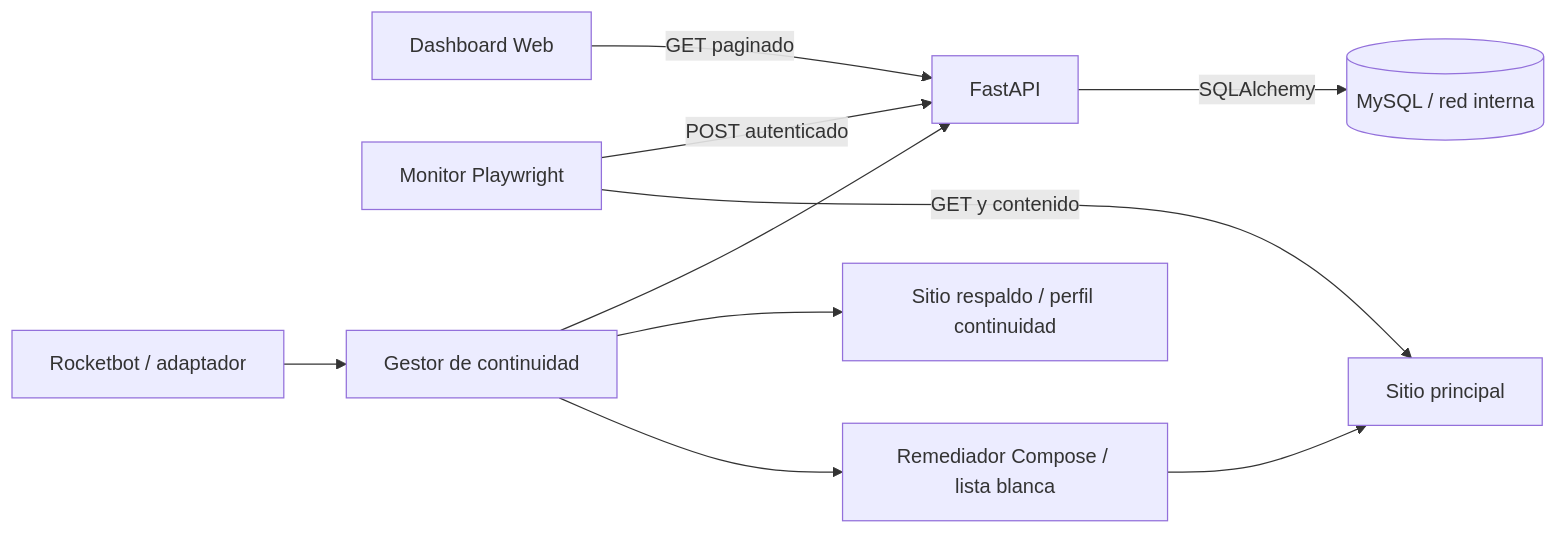
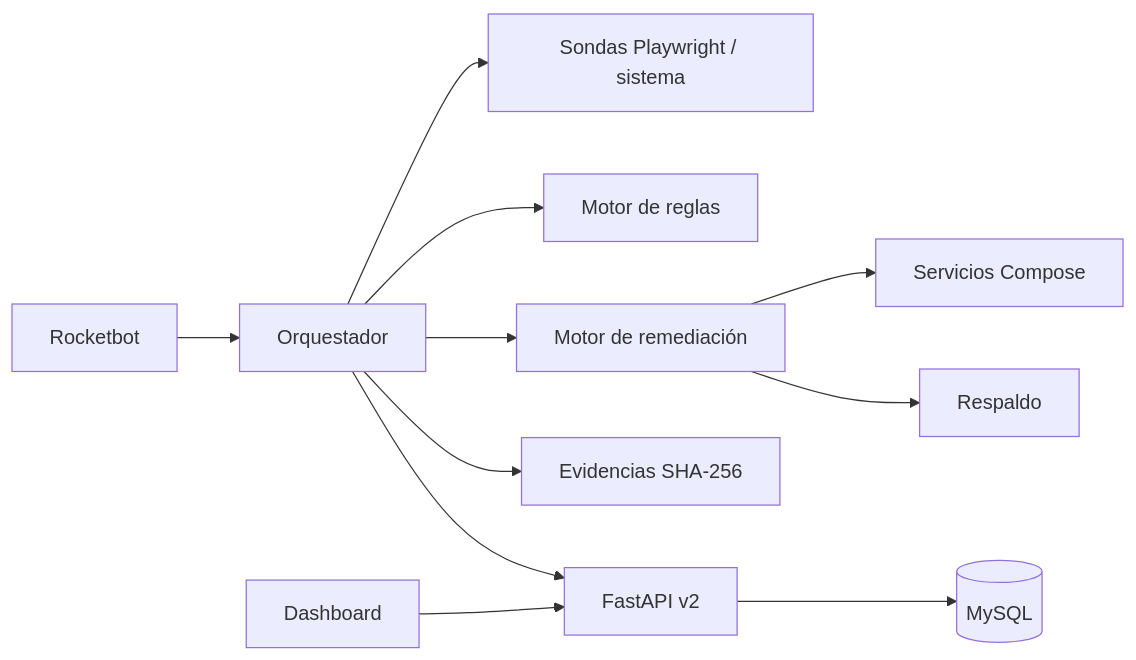
The diagram in docs/componentes.mmd (SmokeNet/ProyectoTesisUDLA), drawn with Mermaid before and after one commit. The commit also changed 47 other files, not shown here.

```diff
--- a/docs/componentes.mmd
+++ b/docs/componentes.mmd
@@ -1,10 +1,11 @@
 flowchart LR
-    Dashboard["Dashboard Web"] -->|GET paginado| API["FastAPI"]
-    Monitor["Monitor Playwright"] -->|GET y contenido| Sitio["Sitio principal"]
-    Monitor -->|POST autenticado| API
-    API -->|SQLAlchemy| MySQL[("MySQL / red interna")]
-    Rocketbot["Rocketbot / adaptador"] --> Continuidad["Gestor de continuidad"]
-    Continuidad --> Remediador["Remediador Compose / lista blanca"]
-    Remediador --> Sitio
-    Continuidad --> Respaldo["Sitio respaldo / perfil continuidad"]
-    Continuidad --> API
+    R["Rocketbot"] --> O["Orquestador"]
+    O --> P["Sondas Playwright / sistema"]
+    O --> E["Motor de reglas"]
+    O --> M["Motor de remediación"]
+    O --> V["Evidencias SHA-256"]
+    O --> A["FastAPI v2"]
+    A --> D[("MySQL")]
+    Q["Dashboard"] --> A
+    M --> S["Servicios Compose"]
+    M --> B["Respaldo"]
```
